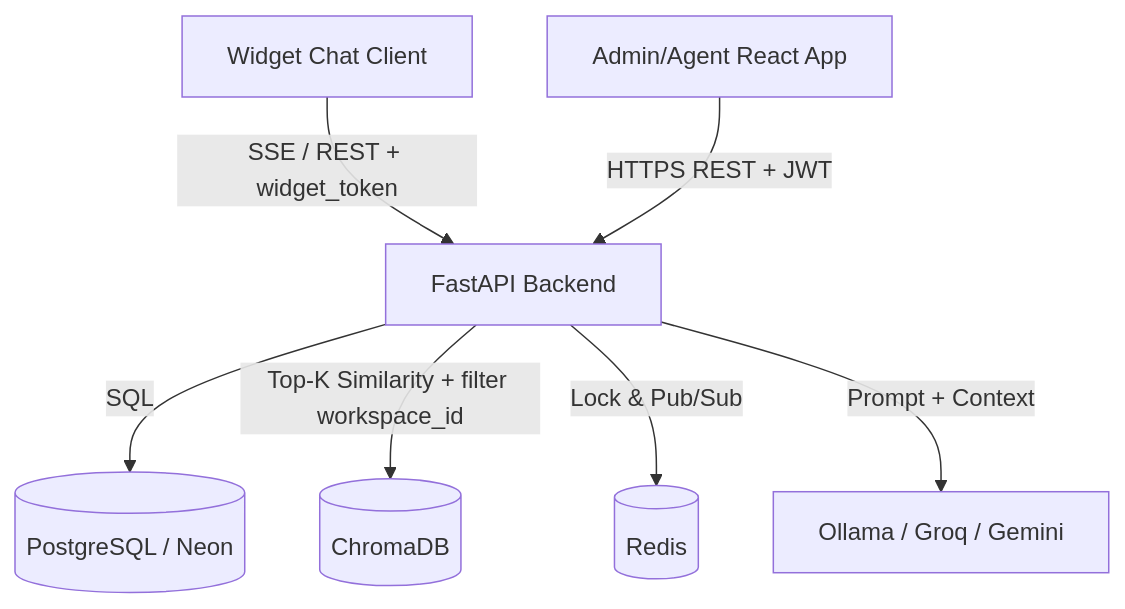
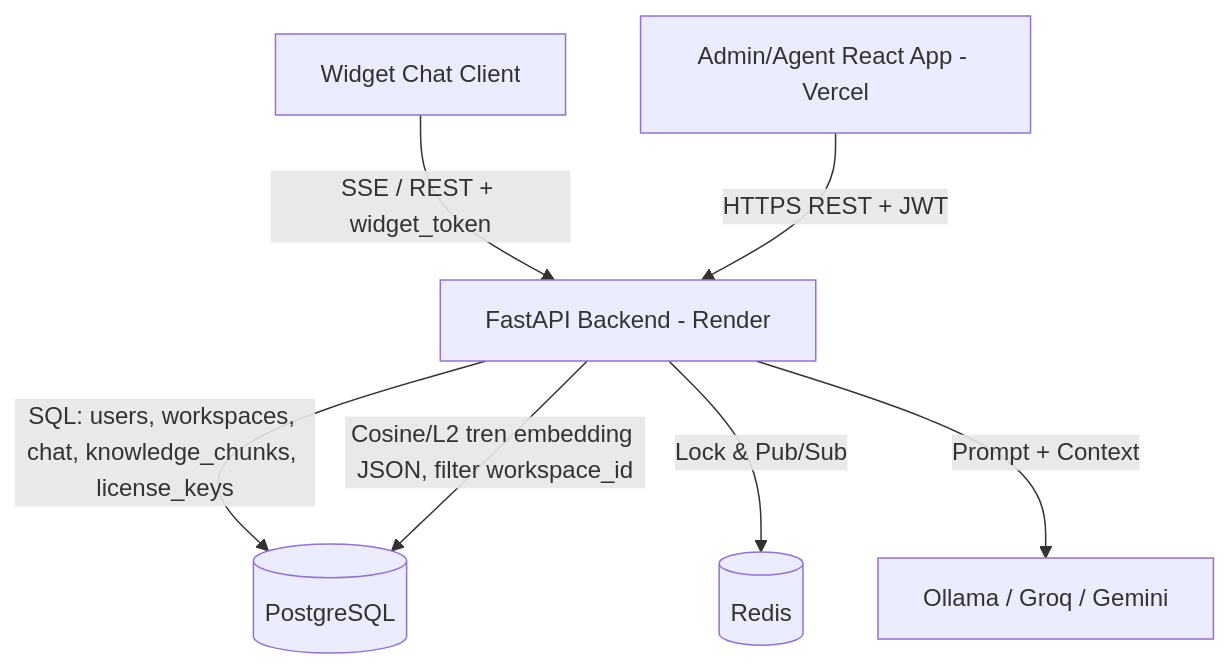
Before and after one commit to uncletanh/CNPM-Group-1: the diagram in FINAL_REPORT.md, drawn with Mermaid. The commit also changed other lines of this file and 3 other files, not shown here.

````diff
--- a/FINAL_REPORT.md
+++ b/FINAL_REPORT.md
@@ -64,9 +68,9 @@
 ```mermaid
 graph TD
-    A[Widget Chat Client] -->|SSE / REST + widget_token| C[FastAPI Backend]
-    B[Admin/Agent React App] -->|HTTPS REST + JWT| C
-    C -->|SQL| D[(PostgreSQL / Neon)]
-    C -->|Top-K Similarity + filter workspace_id| E[(ChromaDB)]
+    A[Widget Chat Client] -->|SSE / REST + widget_token| C[FastAPI Backend - Render]
+    B[Admin/Agent React App - Vercel] -->|HTTPS REST + JWT| C
+    C -->|SQL: users, workspaces, chat, knowledge_chunks, license_keys| D[(PostgreSQL)]
+    C -->|Cosine/L2 tren embedding JSON, filter workspace_id| D
     C -->|Lock & Pub/Sub| F[(Redis)]
     C -->|Prompt + Context| G[Ollama / Groq / Gemini]
 ```
````
